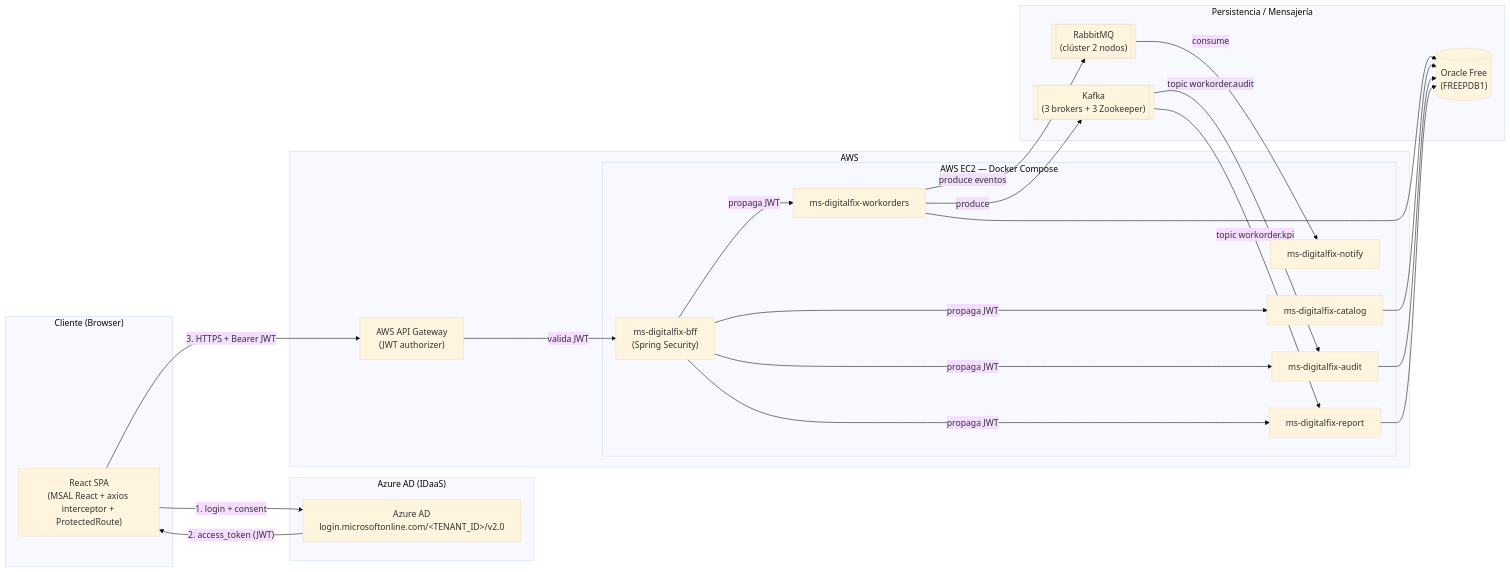
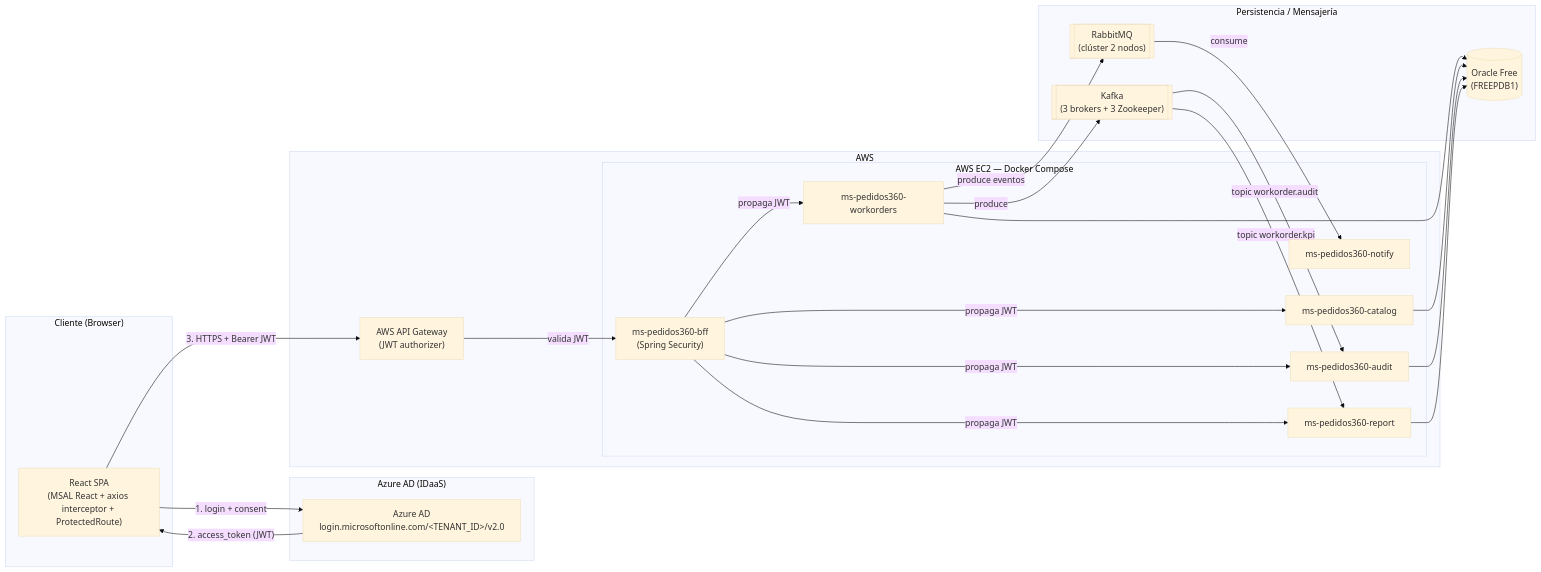
One commit to yasser-duoc/CloudNative changed the diagram in README.md. Above: the diagram before and after it, drawn with Mermaid (base theme). The commit also changed other lines of this file and 194 other files, not shown here.

````diff
--- a/README.md
+++ b/README.md
@@ -12,50 +12,50 @@
 ```mermaid
 flowchart LR
     subgraph Client["Cliente (Browser)"]
         FE["React SPA<br/>(MSAL React + axios interceptor + ProtectedRoute)"]
     end
 
     subgraph Azure["Azure AD (IDaaS)"]
         AAD["Azure AD<br/>login.microsoftonline.com/&lt;TENANT_ID&gt;/v2.0"]
     end
 
     FE -->|"1. login + consent"| AAD
     AAD -->|"2. access_token (JWT)"| FE
 
     subgraph AWS["AWS"]
         GW["AWS API Gateway<br/>(JWT authorizer)"]
         subgraph EC2["AWS EC2 — Docker Compose"]
-            BFF["ms-digitalfix-bff<br/>(Spring Security)"]
-            WO["ms-digitalfix-workorders"]
-            CAT["ms-digitalfix-catalog"]
-            NTF["ms-digitalfix-notify"]
-            AUD["ms-digitalfix-audit"]
-            RPT["ms-digitalfix-report"]
+            BFF["ms-pedidos360-bff<br/>(Spring Security)"]
+            WO["ms-pedidos360-workorders"]
+            CAT["ms-pedidos360-catalog"]
+            NTF["ms-pedidos360-notify"]
+            AUD["ms-pedidos360-audit"]
+            RPT["ms-pedidos360-report"]
         end
     end
 
     FE -->|"3. HTTPS + Bearer JWT"| GW
     GW -->|"valida JWT"| BFF
     BFF -->|"propaga JWT"| WO
     BFF -->|"propaga JWT"| CAT
     BFF -->|"propaga JWT"| AUD
     BFF -->|"propaga JWT"| RPT
 
     subgraph Data["Persistencia / Mensajería"]
         ORA[("Oracle Free<br/>(FREEPDB1)")]
         RMQ[["RabbitMQ<br/>(clúster 2 nodos)"]]
         KFK[["Kafka<br/>(3 brokers + 3 Zookeeper)"]]
     end
 
     WO --> ORA
     CAT --> ORA
     AUD --> ORA
     RPT --> ORA
 
     WO -->|"produce eventos"| RMQ
     RMQ -->|"consume"| NTF
 
     WO -->|"produce"| KFK
     KFK -->|"topic workorder.audit"| AUD
     KFK -->|"topic workorder.kpi"| RPT
 ```
````
